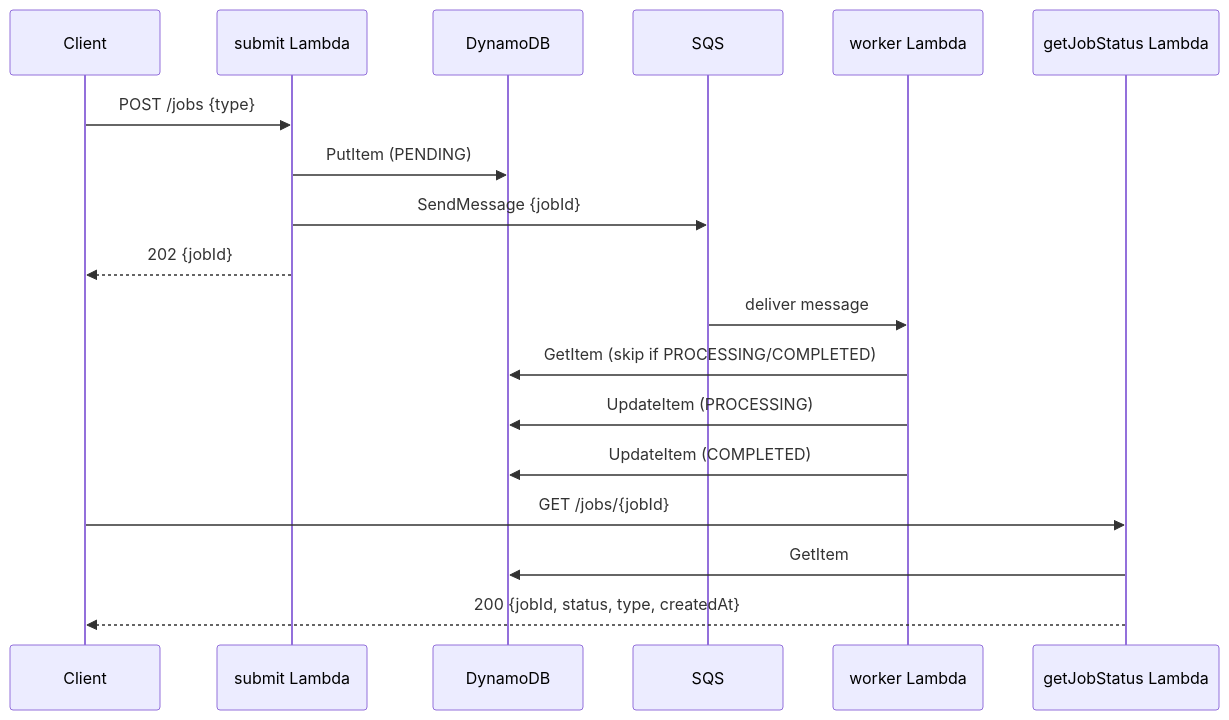
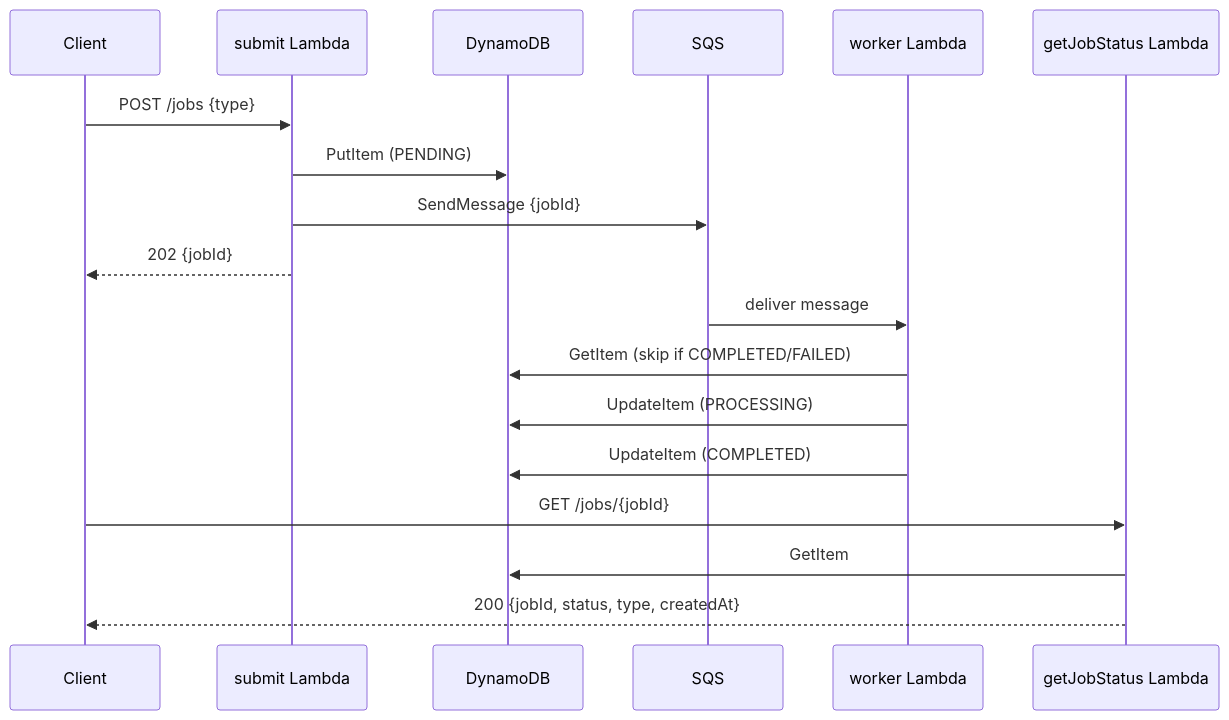
Before and after one commit to jaxjoelliott/aws-job-status-api: the second of 2 diagrams in docs/architecture-diagram.md, drawn with Mermaid. The commit also changed other lines of this file and 11 other files, not shown here.

````diff
--- a/docs/architecture-diagram.md
+++ b/docs/architecture-diagram.md
@@ -33,21 +34,21 @@
 ```mermaid
 sequenceDiagram
     participant C as Client
     participant S as submit Lambda
     participant D as DynamoDB
     participant Q as SQS
     participant W as worker Lambda
     participant G as getJobStatus Lambda
 
     C->>S: POST /jobs {type}
     S->>D: PutItem (PENDING)
     S->>Q: SendMessage {jobId}
     S-->>C: 202 {jobId}
     Q->>W: deliver message
-    W->>D: GetItem (skip if PROCESSING/COMPLETED)
+    W->>D: GetItem (skip if COMPLETED/FAILED)
     W->>D: UpdateItem (PROCESSING)
     W->>D: UpdateItem (COMPLETED)
     C->>G: GET /jobs/{jobId}
     G->>D: GetItem
     G-->>C: 200 {jobId, status, type, createdAt}
 ```
````
